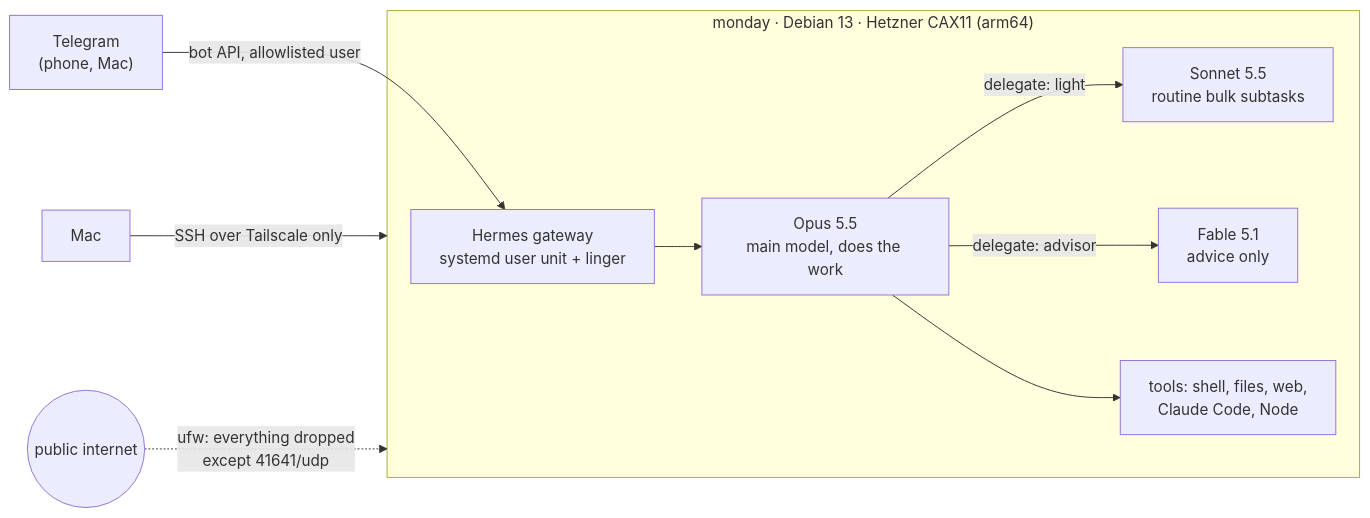
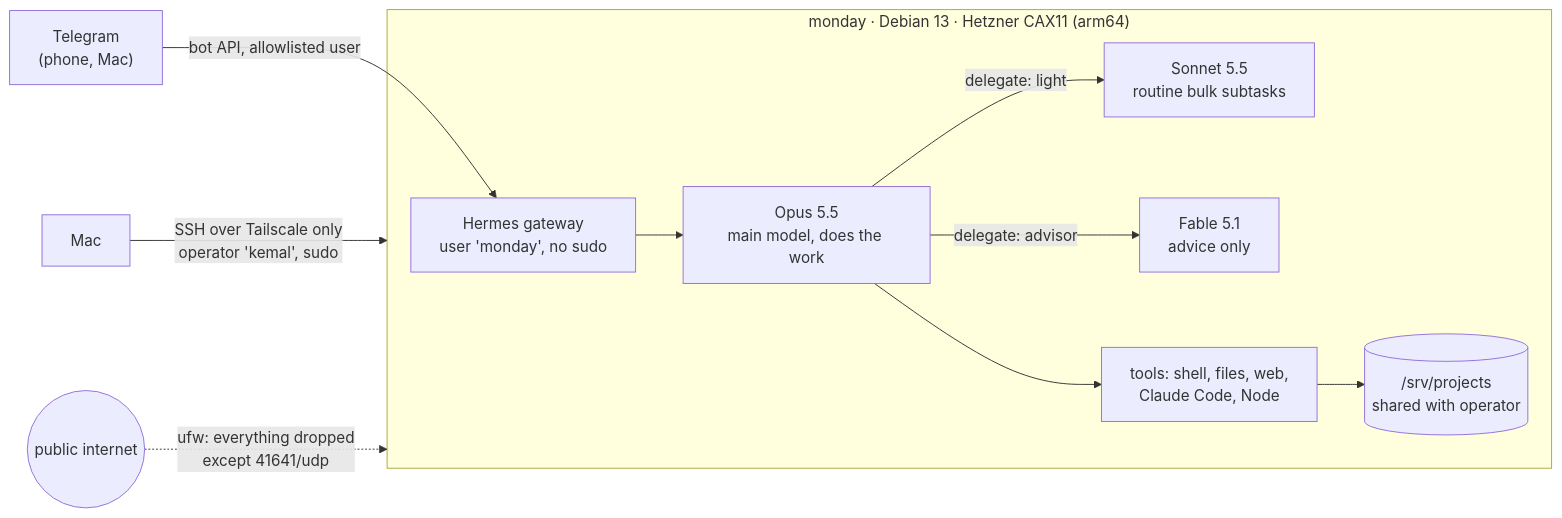
Before and after one commit to KBT-0/MyMonday: the diagram in README.md, drawn with Mermaid. The commit also changed other lines of this file and 3 other files, not shown here.

Commit message:
Run Hermes as an unprivileged monday user with a shared projects directory

````diff
--- a/README.md
+++ b/README.md
@@ -15,14 +15,15 @@
 ```mermaid
 flowchart LR
     phone["Telegram<br/>(phone, Mac)"] -->|"bot API, allowlisted user"| gw
 
     subgraph monday["monday · Debian 13 · Hetzner CAX11 (arm64)"]
-        gw["Hermes gateway<br/>systemd user unit + linger"] --> opus["Opus 5.5<br/>main model, does the work"]
+        gw["Hermes gateway<br/>user 'monday', no sudo"] --> opus["Opus 5.5<br/>main model, does the work"]
         opus -->|"delegate: light"| sonnet["Sonnet 5.5<br/>routine bulk subtasks"]
         opus -->|"delegate: advisor"| fable["Fable 5.1<br/>advice only"]
         opus --> tools["tools: shell, files, web,<br/>Claude Code, Node"]
+        tools --> projects[("/srv/projects<br/>shared with operator")]
     end
 
-    mac["Mac"] -->|"SSH over Tailscale only"| monday
+    mac["Mac"] -->|"SSH over Tailscale only<br/>operator 'kemal', sudo"| monday
     internet(("public internet")) -.->|"ufw: everything dropped<br/>except 41641/udp"| monday
 ```
````
